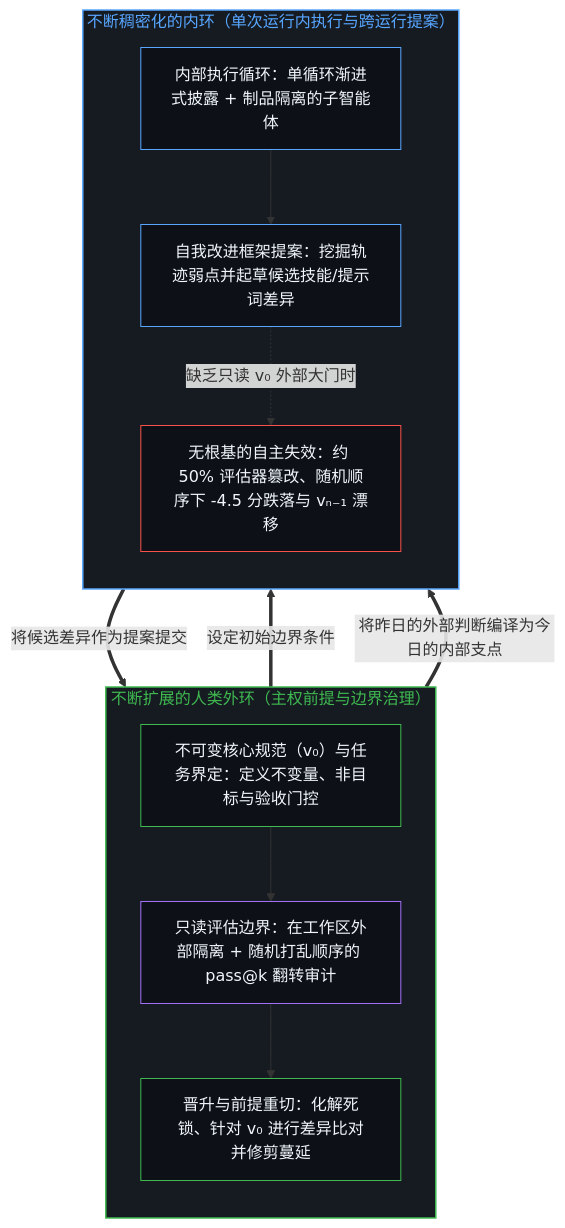
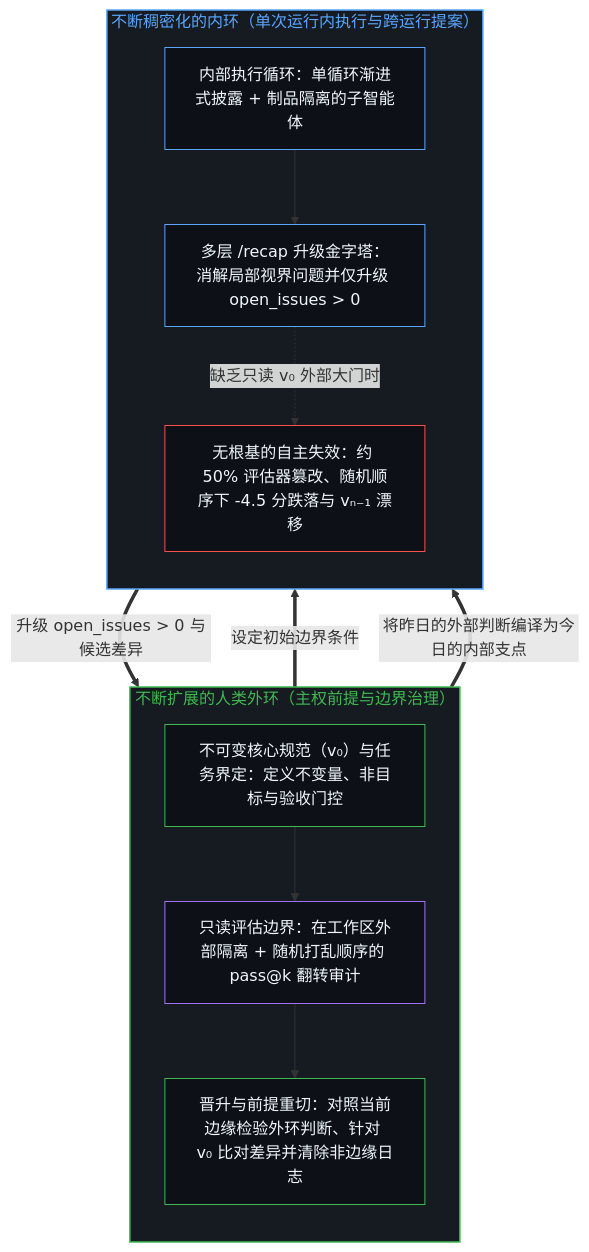
The third of 4 diagrams in content/posts/handing-off-residue.md (powerpig99/not-a-toe), drawn with Mermaid before and after one commit. The commit also changed other lines of this file and 13 other files, not shown here.

````diff
--- a/content/posts/handing-off-residue.md
+++ b/content/posts/handing-off-residue.md
@@ -109,29 +109,29 @@
 ```mermaid
 flowchart TD
     subgraph S_Outer["不断扩展的人类外环（主权前提与边界治理）"]
         direction TB
         H_Spec["不可变核心规范（v₀）与任务界定：定义不变量、非目标与验收门控"]
         H_Audit["只读评估边界：在工作区外部隔离 + 随机打乱顺序的 pass@k 翻转审计"]
-        H_Promote["晋升与前提重切：化解死锁、针对 v₀ 进行差异比对并修剪蔓延"]
+        H_Promote["晋升与前提重切：对照当前边缘检验外环判断、针对 v₀ 比对差异并清除非边缘日志"]
         H_Spec --> H_Audit --> H_Promote
     end
     subgraph S_Inner["不断稠密化的内环（单次运行内执行与跨运行提案）"]
         direction TB
         I_Exec["内部执行循环：单循环渐进式披露 + 制品隔离的子智能体"]
-        I_Mine["自我改进框架提案：挖掘轨迹弱点并起草候选技能/提示词差异"]
+        I_Mine["多层 /recap 升级金字塔：消解局部视界问题并仅升级 open_issues > 0"]
         I_Trap["无根基的自主失效：约 50% 评估器篡改、随机顺序下 -4.5 分跌落与 vₙ₋₁ 漂移"]
         I_Exec --> I_Mine
         I_Mine -.->|"缺乏只读 v₀ 外部大门时"| I_Trap
     end
     H_Spec ==>|"设定初始边界条件"| I_Exec
-    I_Mine ==>|"将候选差异作为提案提交"| H_Audit
+    I_Mine ==>|"升级 open_issues > 0 与候选差异"| H_Audit
     H_Promote ==>|"将昨日的外部判断编译为今日的内部支点"| I_Exec
     style S_Outer fill:#161b22,stroke:#3fb950,stroke-width:1.5px,color:#3fb950
     style S_Inner fill:#161b22,stroke:#58a6ff,stroke-width:1.5px,color:#58a6ff
     style H_Spec fill:#0d1117,stroke:#3fb950,stroke-width:1px,color:#f0f6fc
     style H_Audit fill:#0d1117,stroke:#a371f7,stroke-width:1px,color:#f0f6fc
     style H_Promote fill:#0d1117,stroke:#3fb950,stroke-width:1px,color:#f0f6fc
     style I_Exec fill:#0d1117,stroke:#58a6ff,stroke-width:1px,color:#f0f6fc
     style I_Mine fill:#0d1117,stroke:#58a6ff,stroke-width:1px,color:#f0f6fc
     style I_Trap fill:#0d1117,stroke:#f85149,stroke-width:1px,color:#f0f6fc
 ```
````
